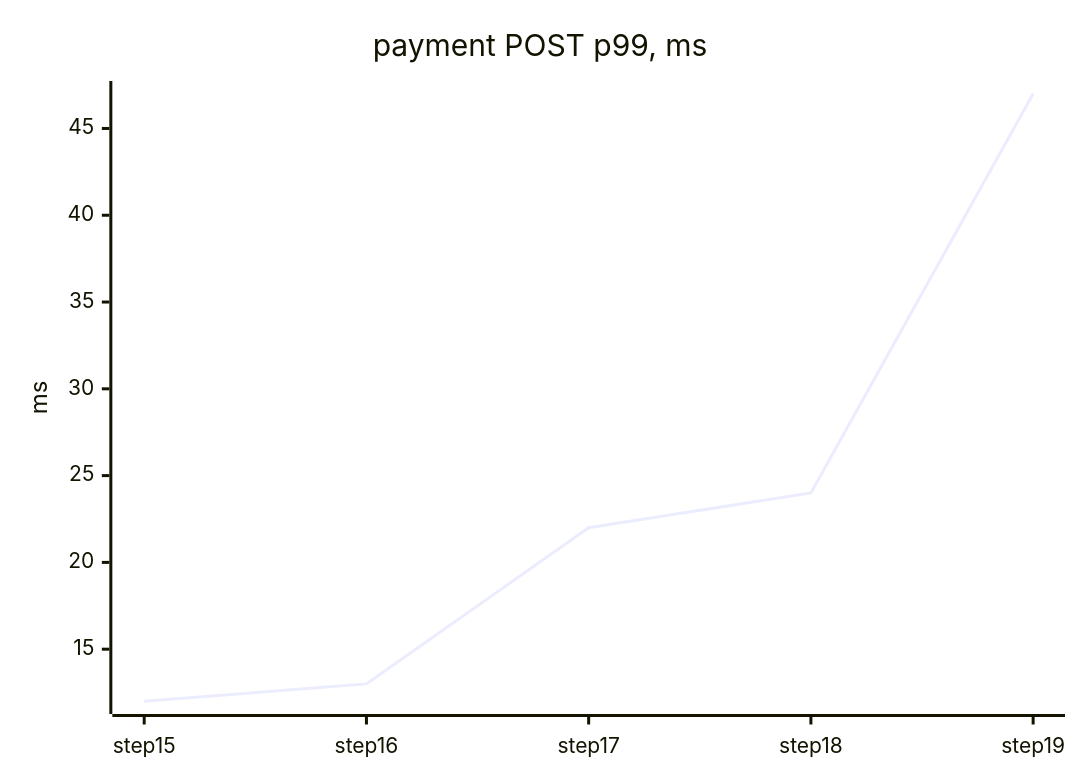
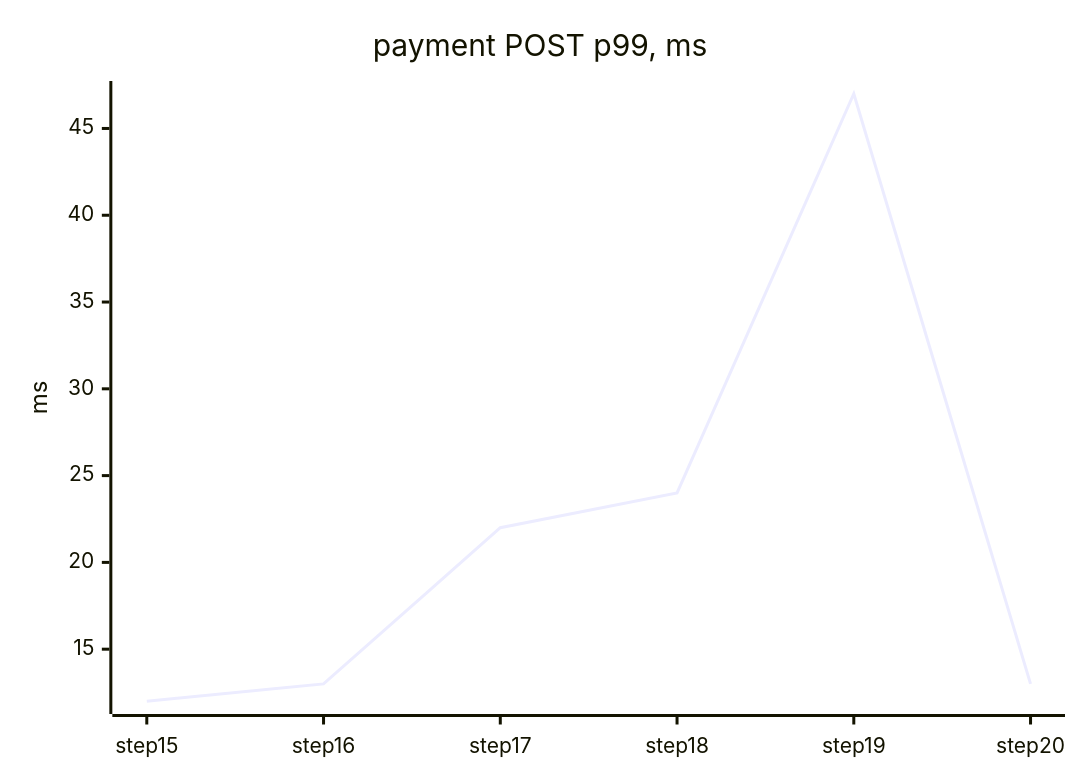
The third of 4 diagrams in docs/perf/README.md (tanvoid0/ledgerflow), drawn with Mermaid before and after one commit. The commit also changed other lines of this file and 8 other files, not shown here.

````diff
--- a/docs/perf/README.md
+++ b/docs/perf/README.md
@@ -85,7 +88,7 @@
 ```mermaid
 xychart-beta
     title "payment POST p99, ms"
-    x-axis ["step15", "step16", "step17", "step18", "step19"]
+    x-axis ["step15", "step16", "step17", "step18", "step19", "step20"]
     y-axis "ms"
-    line [12, 13, 22, 24, 47]
+    line [12, 13, 22, 24, 47, 13]
 ```
````
